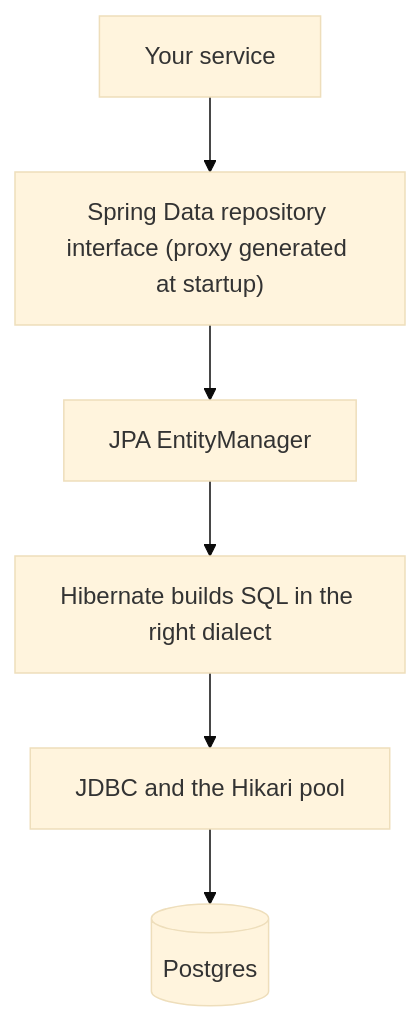
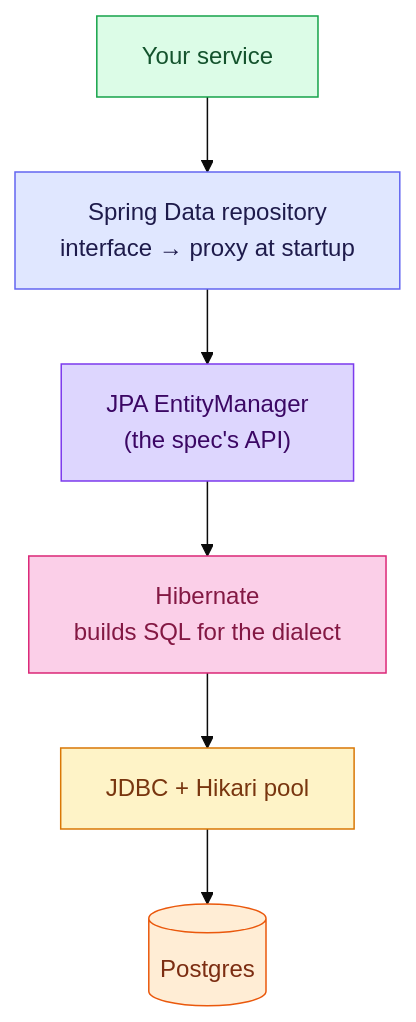
Before and after one commit to Sriram-Karthick-k/progress-tracker: the second of 4 diagrams in content/notes/spring-boot-system-design/02-persistence/jpa-hibernate-and-spring-data.md, drawn with Mermaid (base theme). The commit also changed other lines of this file and 18 other files, not shown here.

````diff
--- a/content/notes/spring-boot-system-design/02-persistence/jpa-hibernate-and-spring-data.md
+++ b/content/notes/spring-boot-system-design/02-persistence/jpa-hibernate-and-spring-data.md
@@ -11,8 +42,14 @@
 ```mermaid
 flowchart TD
-  S["Your service"] --> R["Spring Data repository interface (proxy generated at startup)"]
-  R --> EM["JPA EntityManager"]
-  EM --> H["Hibernate builds SQL in the right dialect"]
-  H --> J["JDBC and the Hikari pool"]
-  J --> DB[("Postgres")]
+  S["Your service"]:::svc --> R["Spring Data repository<br/>interface → proxy at startup"]:::data
+  R --> EM["JPA EntityManager<br/>(the spec's API)"]:::spec
+  EM --> H["Hibernate<br/>builds SQL for the dialect"]:::impl
+  H --> J["JDBC + Hikari pool"]:::jdbc
+  J --> DB[("Postgres")]:::db
+  classDef svc fill:#dcfce7,stroke:#16a34a,color:#14532d
+  classDef data fill:#e0e7ff,stroke:#6366f1,color:#1e1b4b
+  classDef spec fill:#ddd6fe,stroke:#7c3aed,color:#3b0764
+  classDef impl fill:#fbcfe8,stroke:#db2777,color:#831843
+  classDef jdbc fill:#fef3c7,stroke:#d97706,color:#78350f
+  classDef db fill:#ffedd5,stroke:#ea580c,color:#7c2d12
 ```
````
